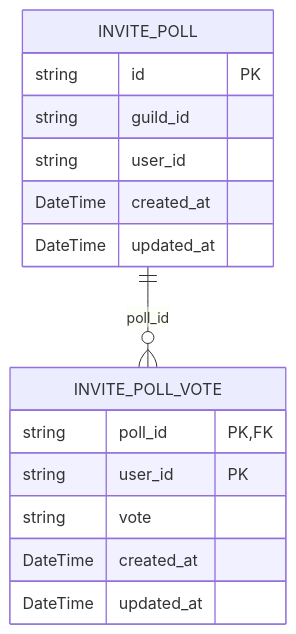
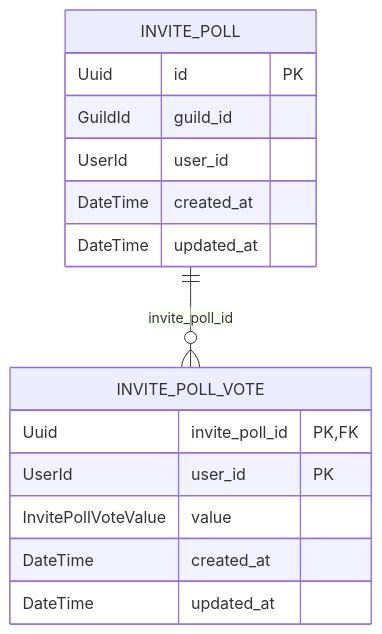
The diagram in docs/database.md (zenekron/democracy), drawn with Mermaid before and after one commit.

Commit message:
docs(database): clean up types and field names in the ER diagram

````diff
--- a/docs/database.md
+++ b/docs/database.md
@@ -3,20 +3,20 @@
 ```mermaid
 erDiagram
     INVITE_POLL {
-        string id PK
-        string guild_id
-        string user_id
+        Uuid id PK
+        GuildId guild_id
+        UserId user_id
         DateTime created_at
         DateTime updated_at
     }
 
     INVITE_POLL_VOTE {
-        string poll_id PK, FK
-        string user_id PK
-        string vote
+        Uuid invite_poll_id PK, FK
+        UserId user_id PK
+        InvitePollVoteValue value
         DateTime created_at
         DateTime updated_at
     }
 
-    INVITE_POLL ||--o{ INVITE_POLL_VOTE : "poll_id"
+    INVITE_POLL ||--o{ INVITE_POLL_VOTE : "invite_poll_id"
 ```
````
